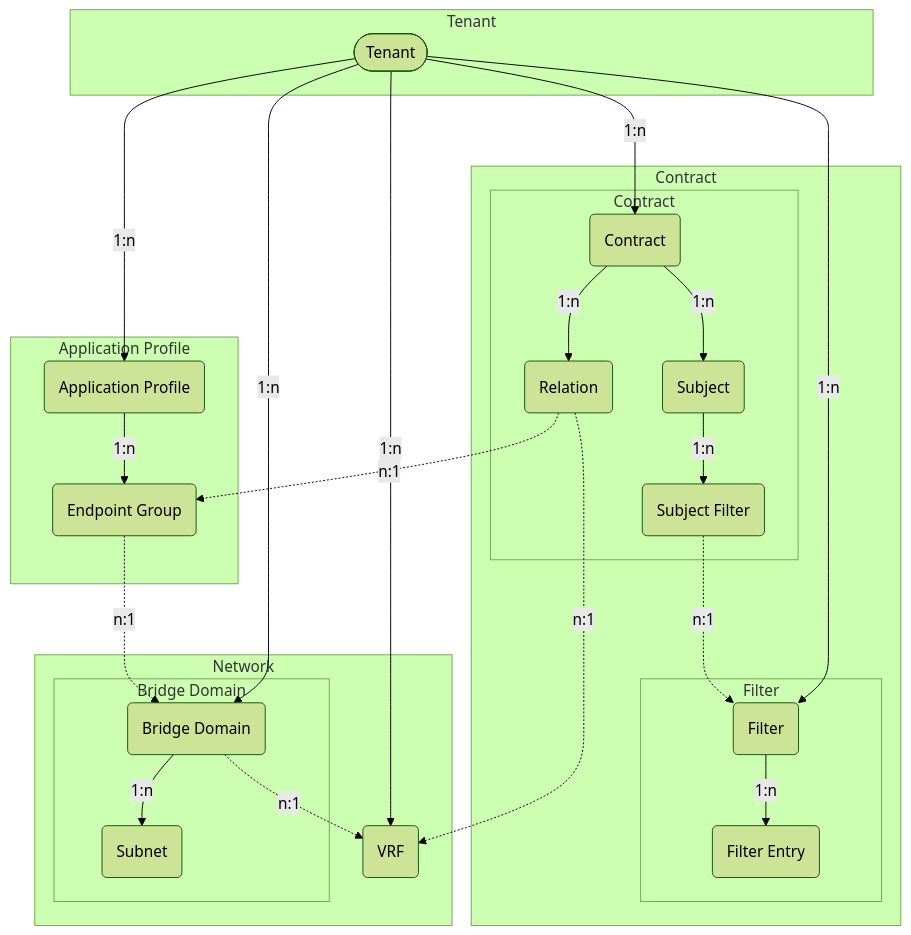
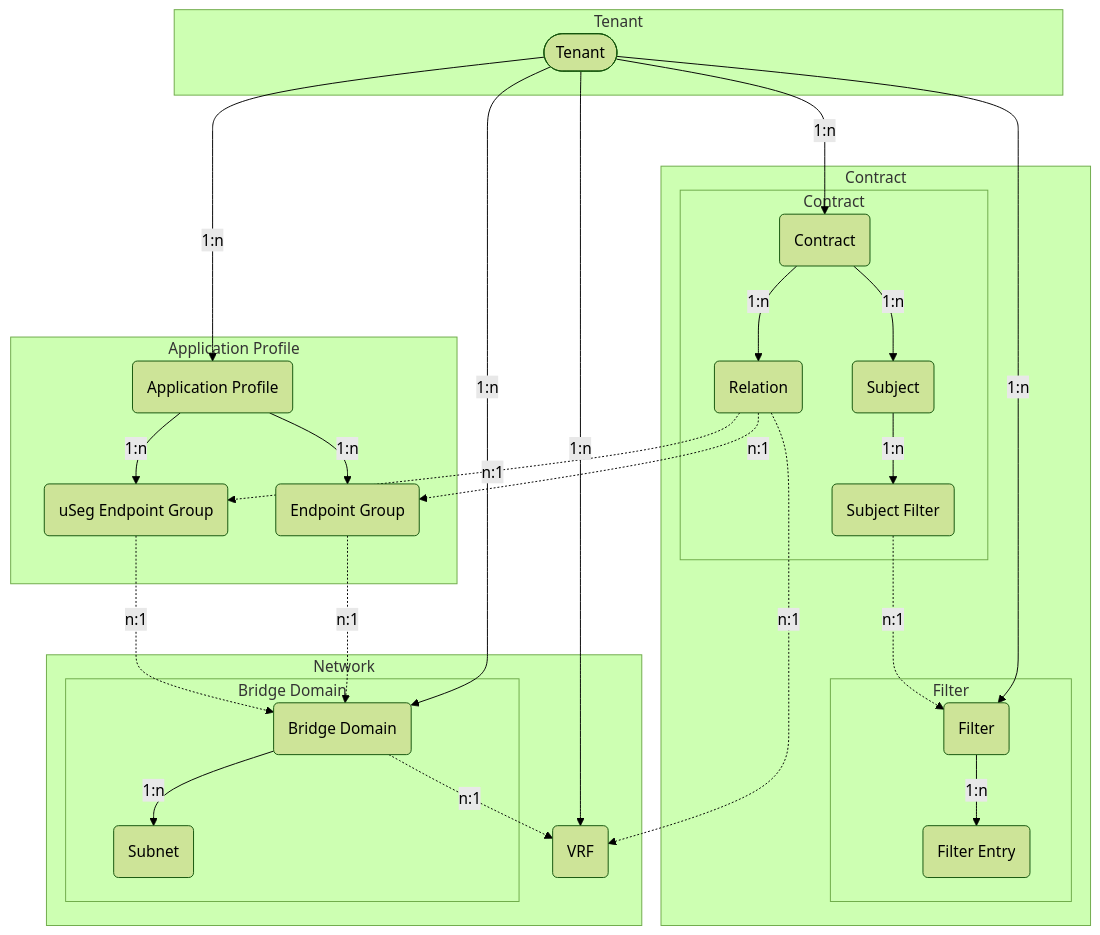
One commit to pheus/netbox-aci-plugin changed the diagram in docs/features/tenants.md. Above: the diagram before and after it, drawn with Mermaid (forest theme). The commit also changed other lines of this file, not shown here.

First line of the commit message:
feat(docs): Add ACI uSeg Endpoint Group documentation

````diff
--- a/docs/features/tenants.md
+++ b/docs/features/tenants.md
@@ -6,46 +6,50 @@
 ```mermaid
 flowchart TD
     TN([Tenant])
     AP(Application Profile)
     EPG(Endpoint Group)
+    USEGEPG(uSeg Endpoint Group)
     VRF(VRF)
     BD(Bridge Domain)
     SN(Subnet)
     CT(Contract)
     CTR(Relation)
     SJ(Subject)
     SJF(Subject Filter)
     FT(Filter)
     FTE(Filter Entry)
     subgraph graphTN [Tenant]
         TN
     end
     subgraph graphAP [Application Profile]
         TN -->|1:n| AP
         AP -->|1:n| EPG
+        AP -->|1:n| USEGEPG
     end
     subgraph graphNW [Network]
         subgraph graphBD [Bridge Domain]
             TN -->|1:n| BD
             BD -->|1:n| SN
         end
         BD -.->|n:1| VRF
         TN -->|1:n| VRF
     end
     subgraph graphCT [Contract]
         subgraph graphCTS [Contract]
             TN -->|1:n| CT
             CT -->|1:n| SJ
             CT -->|1:n| CTR
             SJ -->|1:n| SJF
         end
         subgraph graphFT [Filter]
             TN -->|1:n| FT
             FT -->|1:n| FTE
         end
         SJF -.->|n:1| FT
         CTR -.->|n:1| EPG
+        CTR -.->|n:1| USEGEPG
         CTR -.->|n:1| VRF
     end
     EPG -.->|n:1| BD
+    USEGEPG -.->|n:1| BD
 ```
````
